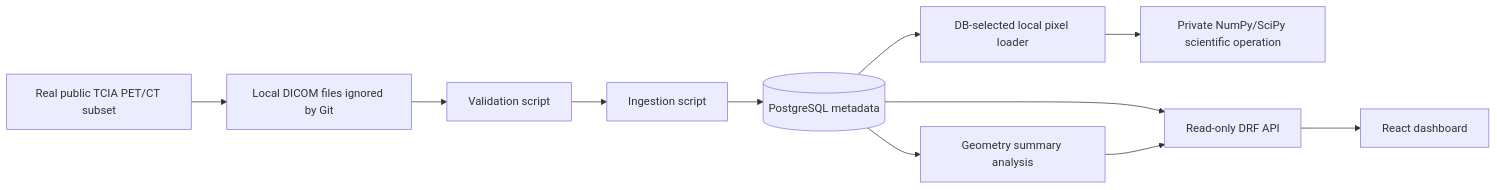
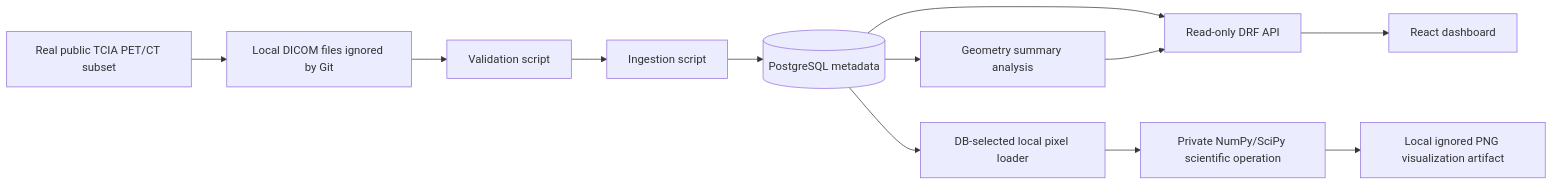
Before and after one commit to wpop/quantitative-molecular-imaging-platform: the diagram in docs/architecture.md, drawn with Mermaid. The commit also changed other lines of this file and 6 other files, not shown here.

````diff
--- a/docs/architecture.md
+++ b/docs/architecture.md
@@ -10,13 +10,14 @@
 ```mermaid
 flowchart LR
     A[Real public TCIA PET/CT subset] --> B[Local DICOM files ignored by Git]
     B --> C[Validation script]
     C --> D[Ingestion script]
     D --> E[(PostgreSQL metadata)]
     E --> F[Geometry summary analysis]
     E --> I[DB-selected local pixel loader]
     I --> J[Private NumPy/SciPy scientific operation]
+    J --> K[Local ignored PNG visualization artifact]
     E --> G[Read-only DRF API]
     F --> G
     G --> H[React dashboard]
 ```
````
